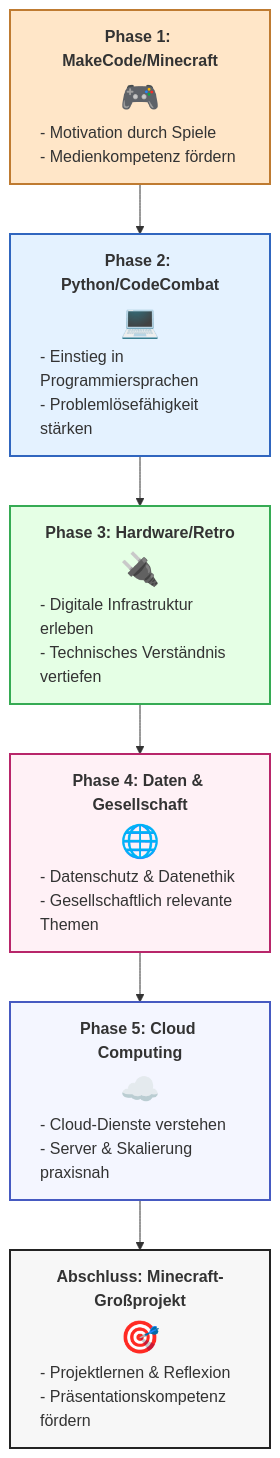
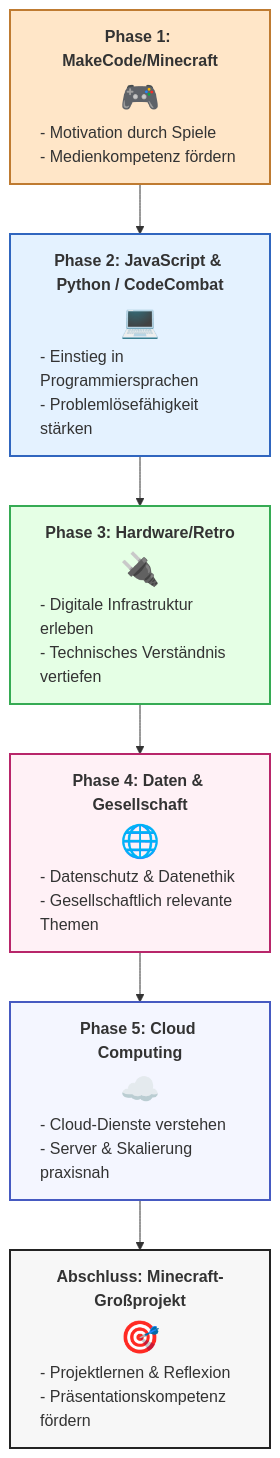
Before and after one commit to rytina/code4future: the diagram in infographics/code4future.mmd, drawn with Mermaid.

Commit message:
Update Phase 2 to include JavaScript alongside Python

```diff
--- a/infographics/code4future.mmd
+++ b/infographics/code4future.mmd
@@ -1,15 +1,15 @@
 graph TD
 
 A["<b>Phase 1: MakeCode/Minecraft</b><br><span style='font-size:2em;'>🎮</span><br><div style='text-align:left;'>- Motivation durch Spiele<br>- Medienkompetenz fördern</div>"] --> B;
-B["<b>Phase 2: Python/CodeCombat</b><br><span style='font-size:2em;'>💻</span><br><div style='text-align:left;'>- Einstieg in Programmiersprachen<br>- Problemlösefähigkeit stärken</div>"] --> C;
+B["<b>Phase 2: JavaScript & Python / CodeCombat</b><br><span style='font-size:2em;'>💻</span><br><div style='text-align:left;'>- Einstieg in Programmiersprachen<br>- Problemlösefähigkeit stärken</div>"] --> C;
 C["<b>Phase 3: Hardware/Retro</b><br><span style='font-size:2em;'>🔌</span><br><div style='text-align:left;'>- Digitale Infrastruktur erleben<br>- Technisches Verständnis vertiefen</div>"] --> D;
 D["<b>Phase 4: Daten & Gesellschaft</b><br><span style='font-size:2em;'>🌐</span><br><div style='text-align:left;'>- Datenschutz & Datenethik<br>- Gesellschaftlich relevante Themen</div>"] --> E;
 E["<b>Phase 5: Cloud Computing</b><br><span style='font-size:2em;'>☁️</span><br><div style='text-align:left;'>- Cloud-Dienste verstehen<br>- Server & Skalierung praxisnah</div>"] --> F;
 F["<b>Abschluss: Minecraft-Großprojekt</b><br><span style='font-size:2em;'>🎯</span><br><div style='text-align:left;'>- Projektlernen & Reflexion<br>- Präsentationskompetenz fördern</div>"];
 
 style A fill:#ffe6c8,stroke:#bf7b31,stroke-width:2px
 style B fill:#e4f2ff,stroke:#3066bf,stroke-width:2px
 style C fill:#e5ffe5,stroke:#36ab54,stroke-width:2px
 style D fill:#fff1f6,stroke:#b8266a,stroke-width:2px
 style E fill:#f4f6ff,stroke:#465ac1,stroke-width:2px
 style F fill:#f7f7f7,stroke:#232323,stroke-width:2px
```
